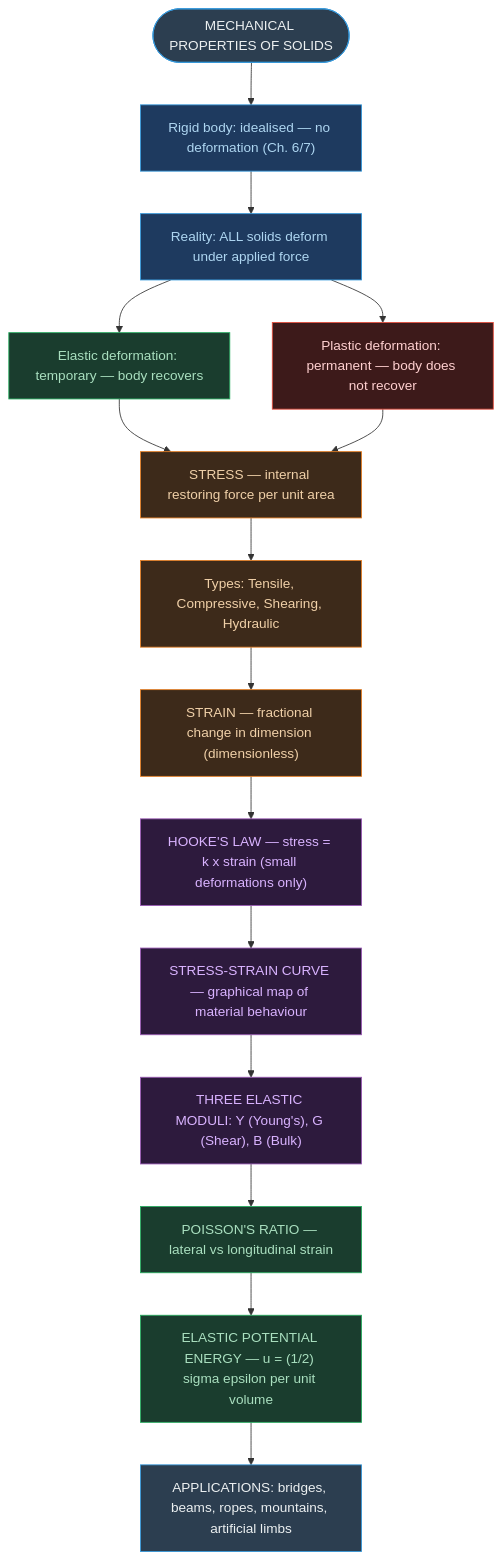
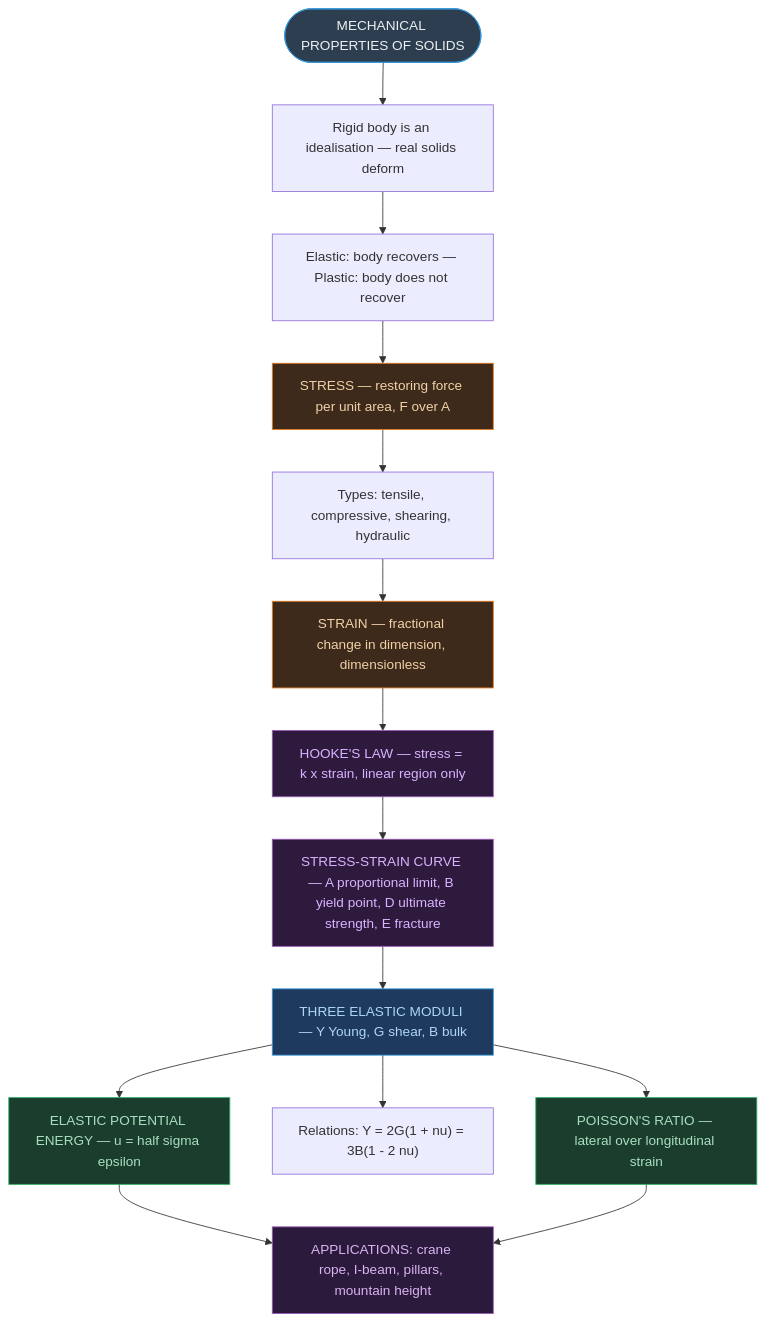
One commit to fsr-science/NCERT-Science changed the diagram in AI-NOTES/PHYSICS/PHYSICS08-MECHANICAL_PROPERTIES_OF_SOLIDS/PHYSICS08-MECHANICAL_PROPERTIES_OF_SOLIDS-NOTES.md. Above: the diagram before and after it, drawn with Mermaid. The commit also changed other lines of this file and 71 other files, not shown here.

````diff
--- a/AI-NOTES/PHYSICS/PHYSICS08-MECHANICAL_PROPERTIES_OF_SOLIDS/PHYSICS08-MECHANICAL_PROPERTIES_OF_SOLIDS-NOTES.md
+++ b/AI-NOTES/PHYSICS/PHYSICS08-MECHANICAL_PROPERTIES_OF_SOLIDS/PHYSICS08-MECHANICAL_PROPERTIES_OF_SOLIDS-NOTES.md
@@ -9,33 +94,27 @@
 ```mermaid
 flowchart TD
     A(["MECHANICAL PROPERTIES OF SOLIDS"])
-    A --> B["Rigid body: idealised — no deformation (Ch. 6/7)"]
-    B --> C["Reality: ALL solids deform under applied force"]
-    C --> D["Elastic deformation: temporary — body recovers"]
-    C --> E["Plastic deformation: permanent — body does not recover"]
-    D --> F["STRESS — internal restoring force per unit area"]
-    E --> F
-    F --> G["Types: Tensile, Compressive, Shearing, Hydraulic"]
-    G --> H["STRAIN — fractional change in dimension (dimensionless)"]
-    H --> I["HOOKE'S LAW — stress = k x strain (small deformations only)"]
-    I --> J["STRESS-STRAIN CURVE — graphical map of material behaviour"]
-    J --> K["THREE ELASTIC MODULI: Y (Young's), G (Shear), B (Bulk)"]
-    K --> L["POISSON'S RATIO — lateral vs longitudinal strain"]
-    L --> M["ELASTIC POTENTIAL ENERGY — u = (1/2) sigma epsilon per unit volume"]
-    M --> N["APPLICATIONS: bridges, beams, ropes, mountains, artificial limbs"]
+    A --> B["Rigid body is an idealisation — real solids deform"]
+    B --> C["Elastic: body recovers — Plastic: body does not recover"]
+    C --> D["STRESS — restoring force per unit area, F over A"]
+    D --> E["Types: tensile, compressive, shearing, hydraulic"]
+    E --> F["STRAIN — fractional change in dimension, dimensionless"]
+    F --> G["HOOKE'S LAW — stress = k x strain, linear region only"]
+    G --> H["STRESS-STRAIN CURVE — A proportional limit, B yield point, D ultimate strength, E fracture"]
+    H --> I["THREE ELASTIC MODULI — Y Young, G shear, B bulk"]
+    I --> J["POISSON'S RATIO — lateral over longitudinal strain"]
+    I --> K["Relations: Y = 2G(1 + nu) = 3B(1 - 2 nu)"]
+    I --> L["ELASTIC POTENTIAL ENERGY — u = half sigma epsilon"]
+    L --> M["APPLICATIONS: crane rope, I-beam, pillars, mountain height"]
+    J --> M
 
     style A fill:#2c3e50,color:#ecf0f1,stroke:#3498db
-    style B fill:#1e3a5f,color:#aed6f1,stroke:#3498db
-    style C fill:#1e3a5f,color:#aed6f1,stroke:#3498db
-    style D fill:#1a3d2e,color:#a9dfbf,stroke:#27ae60
-    style E fill:#3d1a1a,color:#ffd0d0,stroke:#e74c3c
+    style D fill:#3d2a1a,color:#f0d0a8,stroke:#e67e22
     style F fill:#3d2a1a,color:#f0d0a8,stroke:#e67e22
-    style G fill:#3d2a1a,color:#f0d0a8,stroke:#e67e22
-    style H fill:#3d2a1a,color:#f0d0a8,stroke:#e67e22
-    style I fill:#2d1a3d,color:#d9b3ff,stroke:#9b59b6
-    style J fill:#2d1a3d,color:#d9b3ff,stroke:#9b59b6
-    style K fill:#2d1a3d,color:#d9b3ff,stroke:#9b59b6
+    style G fill:#2d1a3d,color:#d9b3ff,stroke:#9b59b6
+    style H fill:#2d1a3d,color:#d9b3ff,stroke:#9b59b6
+    style I fill:#1e3a5f,color:#aed6f1,stroke:#3498db
+    style J fill:#1a3d2e,color:#a9dfbf,stroke:#27ae60
     style L fill:#1a3d2e,color:#a9dfbf,stroke:#27ae60
-    style M fill:#1a3d2e,color:#a9dfbf,stroke:#27ae60
-    style N fill:#2c3e50,color:#ecf0f1,stroke:#3498db
+    style M fill:#2c1a3d,color:#d8b4f0,stroke:#9b59b6
 ```
````
